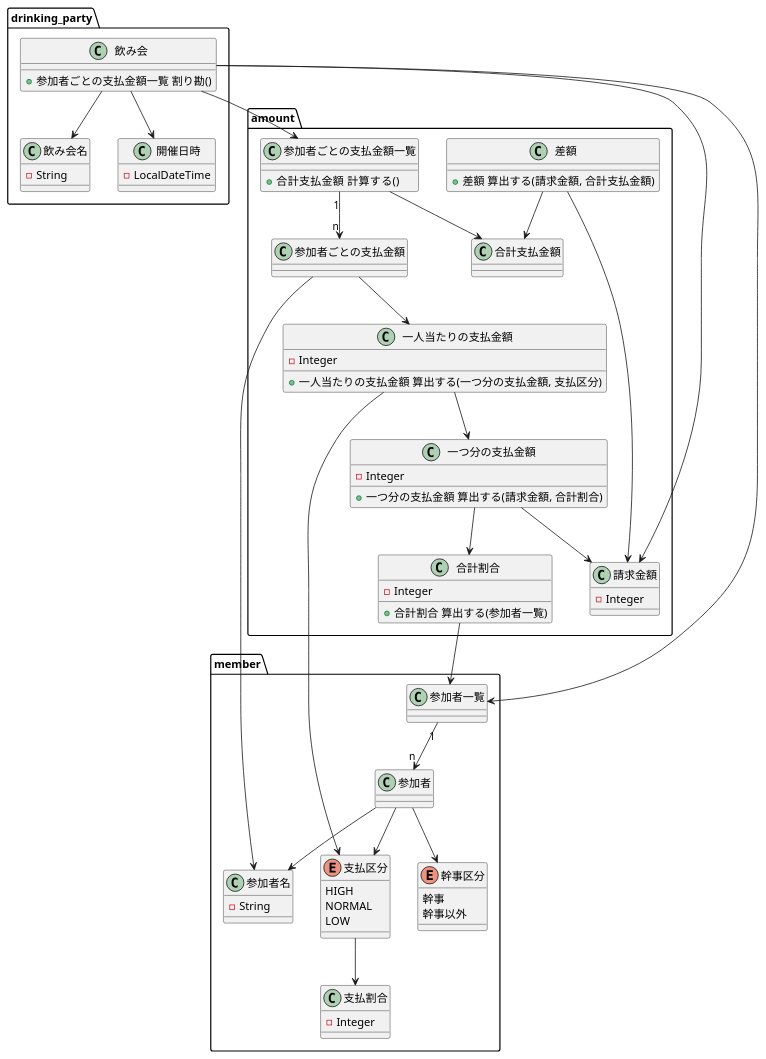
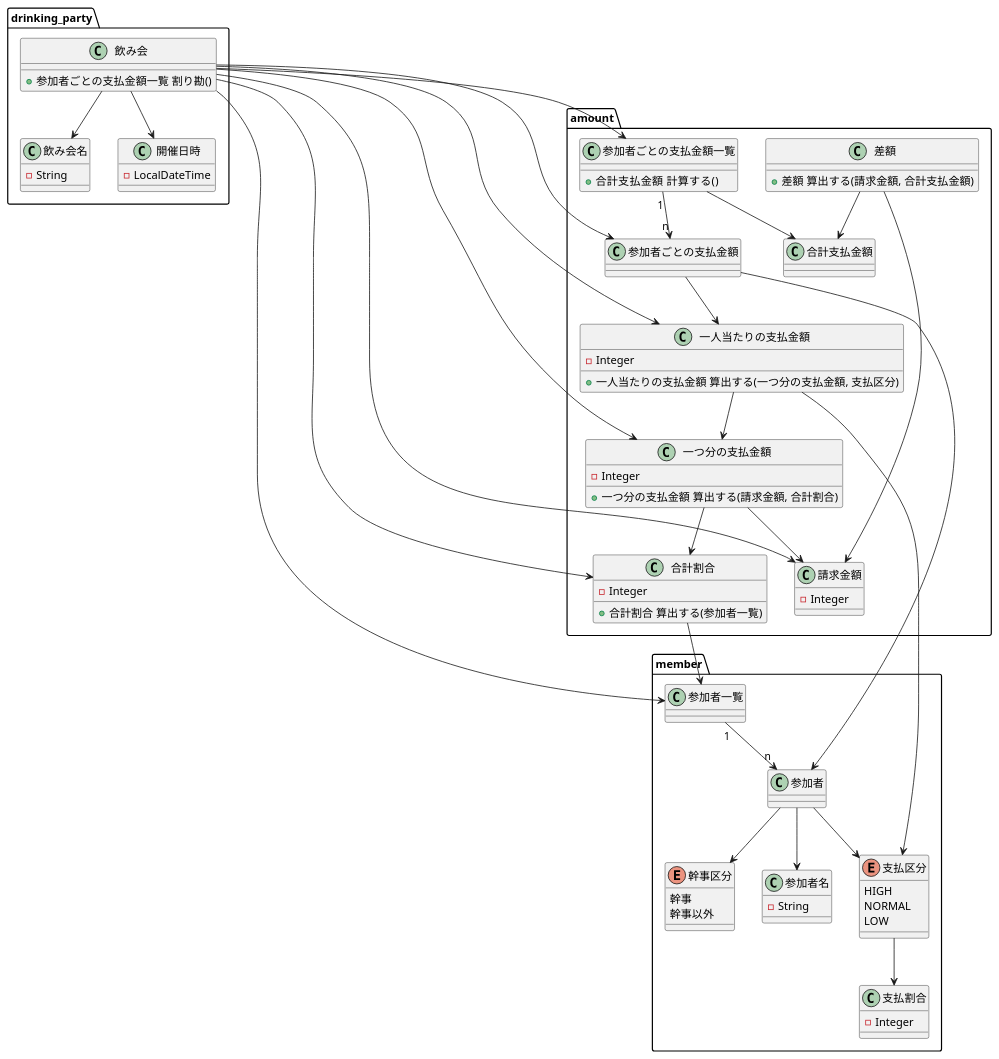
Before and after one commit to mmm00mmm/ddd-warikan: the diagram in doc/モデル３.puml, drawn with PlantUML.

Commit message:
飲み会クラスの依存関係を追加

```diff
--- a/doc/モデル３.puml
+++ b/doc/モデル３.puml
@@ -1,89 +1,93 @@
 @startuml
 
 package drinking_party {
     class 飲み会 {
         + 参加者ごとの支払金額一覧 割り勘()
     }
     class 飲み会名 {
         - String
     }
     class 開催日時 {
         - LocalDateTime
     }
 
     飲み会 --> 飲み会名
     飲み会 --> 開催日時
 }
 
 package member {
     class 参加者名 {
         - String
     }
     enum 幹事区分 {
         幹事
         幹事以外
     }
     enum 支払区分 {
         HIGH
         NORMAL
         LOW
     }
     class 支払割合 {
         - Integer
     }
 
     参加者一覧 "1" --> "n" 参加者
     参加者 --> 参加者名
     参加者 --> 幹事区分
     参加者 --> 支払区分
     支払区分 --> 支払割合
 }
 
 package amount {
     class 請求金額 {
         - Integer
     }
     class 一つ分の支払金額 {
         - Integer
         + 一つ分の支払金額 算出する(請求金額, 合計割合)
     }
     class 一人当たりの支払金額 {
         - Integer
         + 一人当たりの支払金額 算出する(一つ分の支払金額, 支払区分)
     }
     class 合計割合 {
         - Integer
         + 合計割合 算出する(参加者一覧)
     }
     class 参加者ごとの支払金額 {
     }
     class 参加者ごとの支払金額一覧 {
         + 合計支払金額  計算する()
     }
     class 合計支払金額 {
     }
     class 差額 {
         + 差額 算出する(請求金額, 合計支払金額)
     }
 
     一つ分の支払金額 --> 請求金額
     参加者ごとの支払金額 --> 一人当たりの支払金額
     参加者ごとの支払金額一覧 "1" --> "n" 参加者ごとの支払金額
     参加者ごとの支払金額一覧 --> 合計支払金額
     差額 --> 請求金額
     差額 --> 合計支払金額
 }
 
 飲み会 --> 参加者一覧
 飲み会 --> 請求金額
 飲み会 --> 参加者ごとの支払金額一覧
+飲み会 --> 一つ分の支払金額
+飲み会 --> 一人当たりの支払金額
+飲み会 --> 参加者ごとの支払金額
+飲み会 --> 合計割合
 
 一つ分の支払金額 --> 合計割合
 合計割合 --> 参加者一覧
 
 一人当たりの支払金額 --> 一つ分の支払金額
 一人当たりの支払金額 --> 支払区分
 
-参加者ごとの支払金額 --> 参加者名
+参加者ごとの支払金額 --> 参加者
 
 @enduml
```
